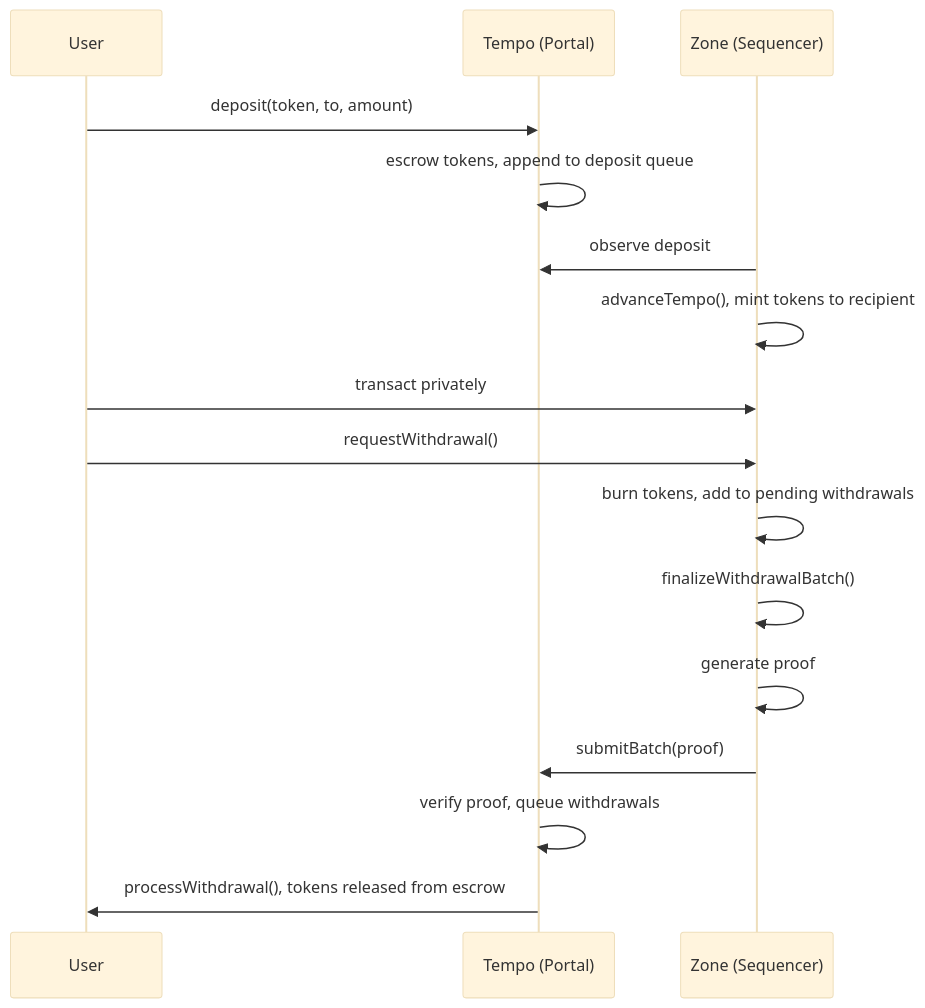
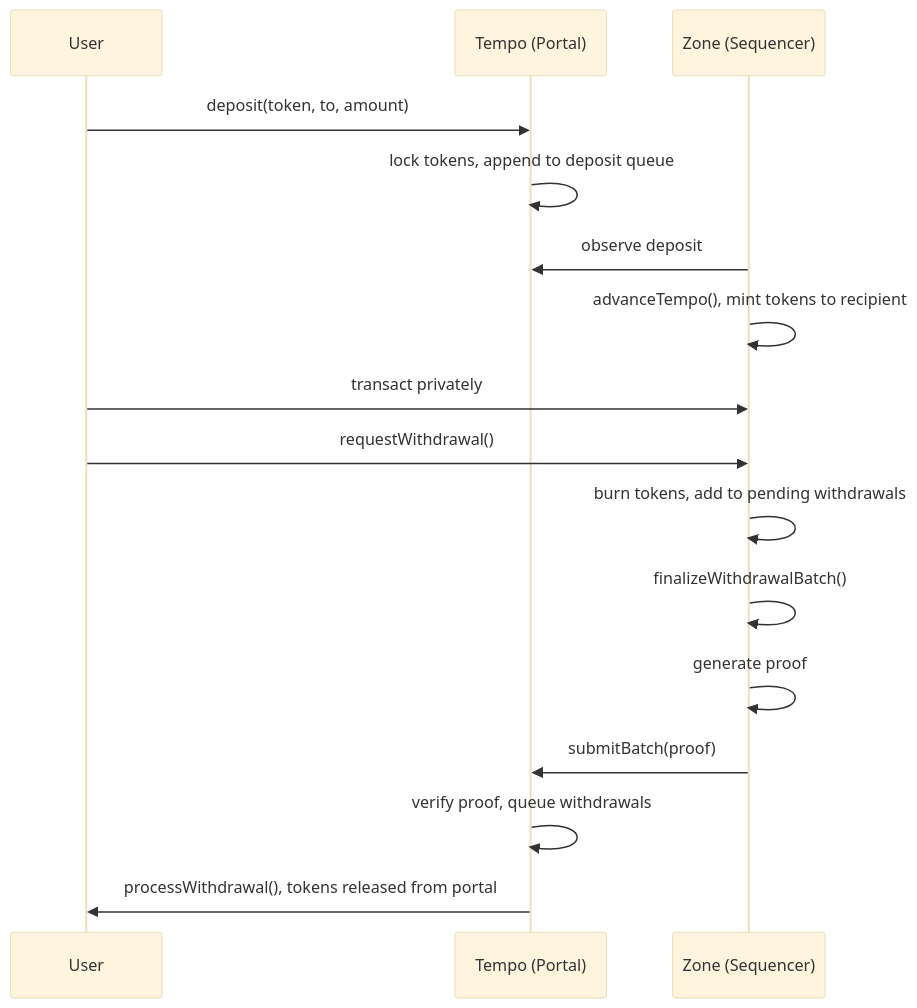
One commit to tempoxyz/zones changed the first of 2 diagrams in docs/specs/privacy/zone_spec.md. Above: the diagram before and after it, drawn with Mermaid (base theme). The commit also changed other lines of this file, not shown here.

Commit message:
docs: update portal language

````diff
--- a/docs/specs/privacy/zone_spec.md
+++ b/docs/specs/privacy/zone_spec.md
@@ -126,23 +126,23 @@
 ```mermaid
 sequenceDiagram
     participant User
     participant Portal as Tempo (Portal)
     participant Zone as Zone (Sequencer)
 
     User->>Portal: deposit(token, to, amount)
-    Portal->>Portal: escrow tokens, append to deposit queue
+    Portal->>Portal: lock tokens, append to deposit queue
     Zone->>Portal: observe deposit
     Zone->>Zone: advanceTempo(), mint tokens to recipient
 
     User->>Zone: transact privately
 
     User->>Zone: requestWithdrawal()
     Zone->>Zone: burn tokens, add to pending withdrawals
     Zone->>Zone: finalizeWithdrawalBatch()
     Zone->>Zone: generate proof
 
     Zone->>Portal: submitBatch(proof)
     Portal->>Portal: verify proof, queue withdrawals
 
-    Portal->>User: processWithdrawal(), tokens released from escrow
+    Portal->>User: processWithdrawal(), tokens released from portal
 ```
````
